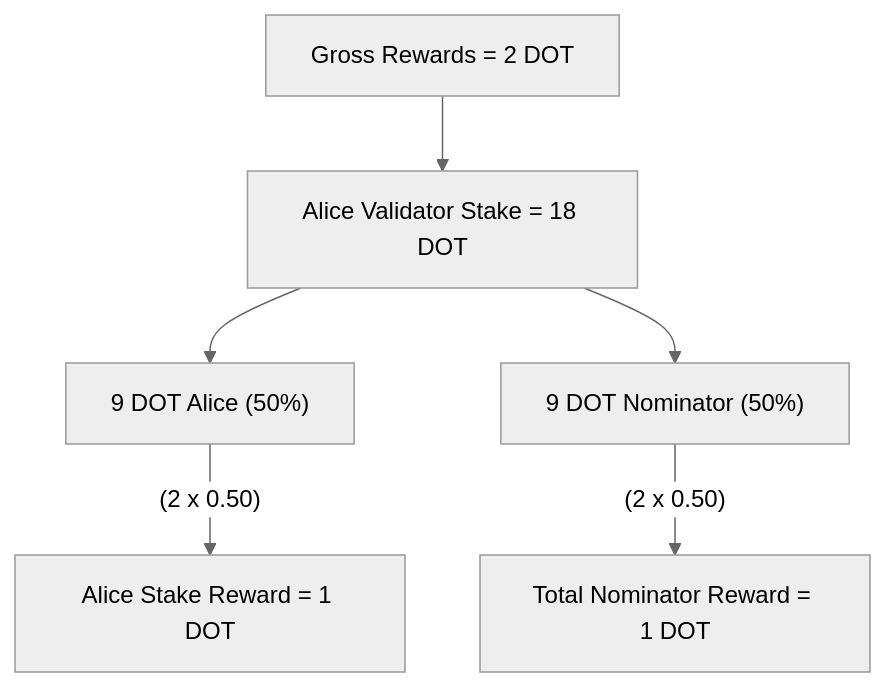
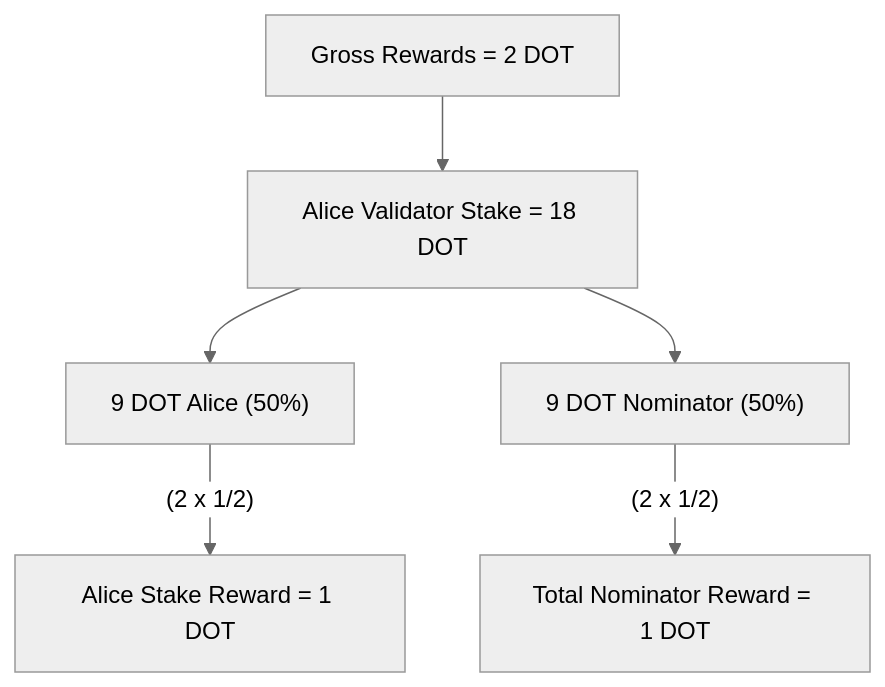
Before and after one commit to polkadot-developers/polkadot-docs: the fifth of 6 diagrams in docs/node-infrastructure/run-a-validator/staking-mechanics/rewards.md, drawn with Mermaid (neutral theme). The commit also changed other lines of this file and 2 other files, not shown here.

````diff
--- a/docs/node-infrastructure/run-a-validator/staking-mechanics/rewards.md
+++ b/docs/node-infrastructure/run-a-validator/staking-mechanics/rewards.md
@@ -177,16 +177,16 @@
 ``` mermaid
 
 flowchart TD
     A["Gross Rewards = 2 DOT"]
     B["Alice Validator Stake = 18 DOT"]
     C["9 DOT Alice (50%)"]
     D["9 DOT Nominator (50%)"]
     H["Alice Stake Reward = 1 DOT"]
     J["Total Nominator Reward = 1 DOT"]
 
     A --> B
     B --> C
     B --> D
-    C --(2 x 0.50)--> H
-    D --(2 x 0.50)--> J
+    C --(2 x 1/2)--> H
+    D --(2 x 1/2)--> J
 ```
````
